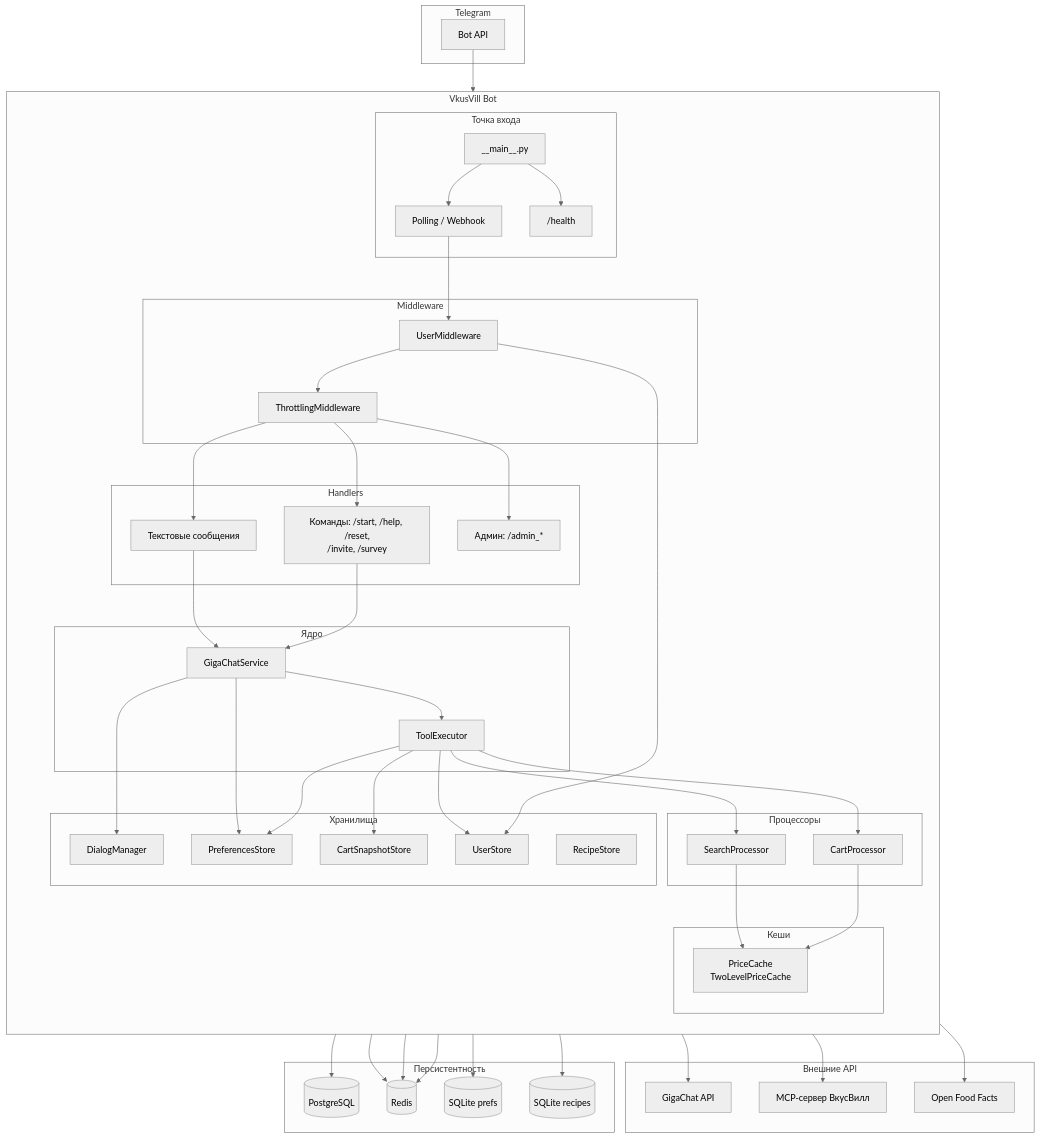
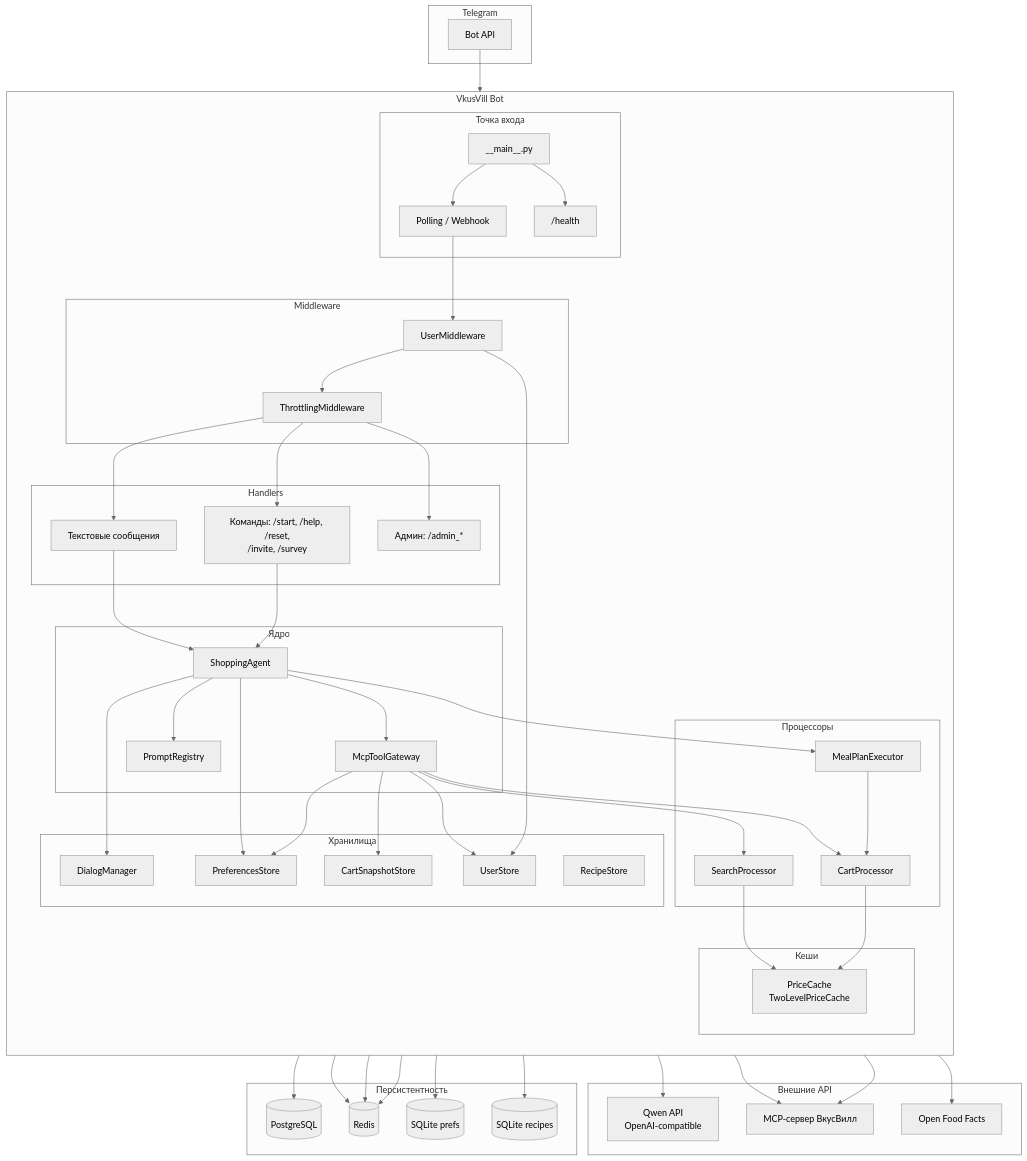
Before and after one commit to mrPDA/vkuswill_bot: the second of 8 diagrams in docs/ARCHITECTURE.md, drawn with Mermaid (neutral theme). The commit also changed other lines of this file and 7 other files, not shown here.

```diff
--- a/docs/ARCHITECTURE.md
+++ b/docs/ARCHITECTURE.md
@@ -64,13 +64,15 @@
         end
 
         subgraph Core["Ядро"]
-            GCS[GigaChatService]
-            TE[ToolExecutor]
+            SA[ShoppingAgent]
+            MG[McpToolGateway]
+            PR[PromptRegistry]
         end
 
         subgraph Processors["Процессоры"]
             SP[SearchProcessor]
             CP[CartProcessor]
+            MP[MealPlanExecutor]
         end
 
         subgraph Stores["Хранилища"]
@@ -87,7 +89,7 @@
     end
 
     subgraph External["Внешние API"]
-        GigaChat[GigaChat API]
+        Qwen[Qwen API\nOpenAI-compatible]
         MCP[MCP-сервер ВкусВилл]
         OpenFF[Open Food Facts]
     end
@@ -106,21 +108,25 @@
     TM --> Text
     TM --> Admin
     
-    Text --> GCS
-    Cmd --> GCS
+    Text --> SA
+    Cmd --> SA
     
-    GCS --> GigaChat
-    GCS --> TE
-    GCS --> DialogMgr
-    GCS --> Prefs
+    SA --> Qwen
+    SA --> MG
+    SA --> DialogMgr
+    SA --> Prefs
+    SA --> PR
+    SA --> MP
     
-    TE --> MCP
-    TE --> SP
-    TE --> CP
-    TE --> Prefs
-    TE --> CartSnap
-    TE --> OpenFF
-    TE --> UserStore
+    MG --> MCP
+    MG --> SP
+    MG --> CP
+    MG --> Prefs
+    MG --> CartSnap
+    MG --> OpenFF
+    MG --> UserStore
+    MP --> MCP
+    MP --> CP
     
     SP --> PriceCache
     CP --> PriceCache
```
